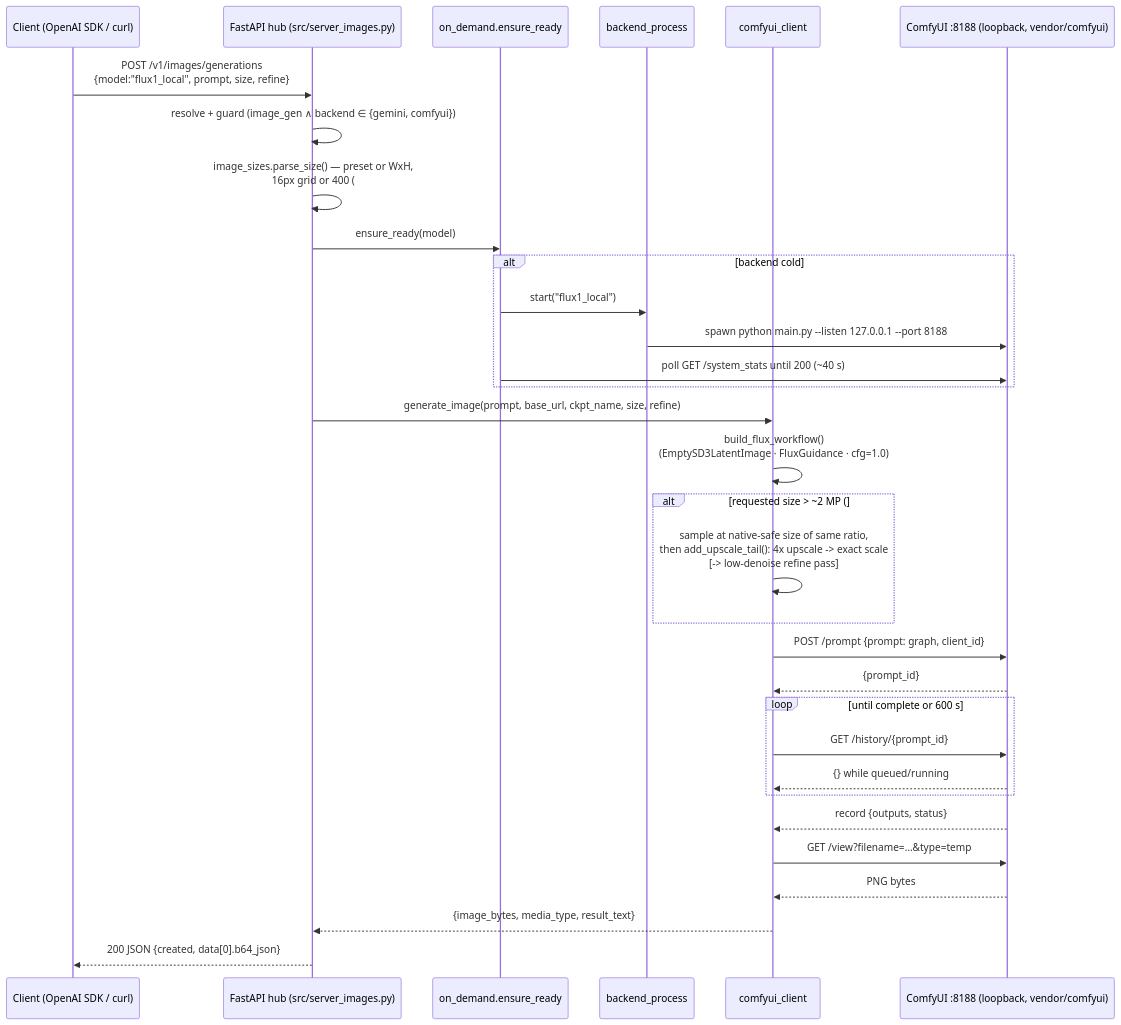
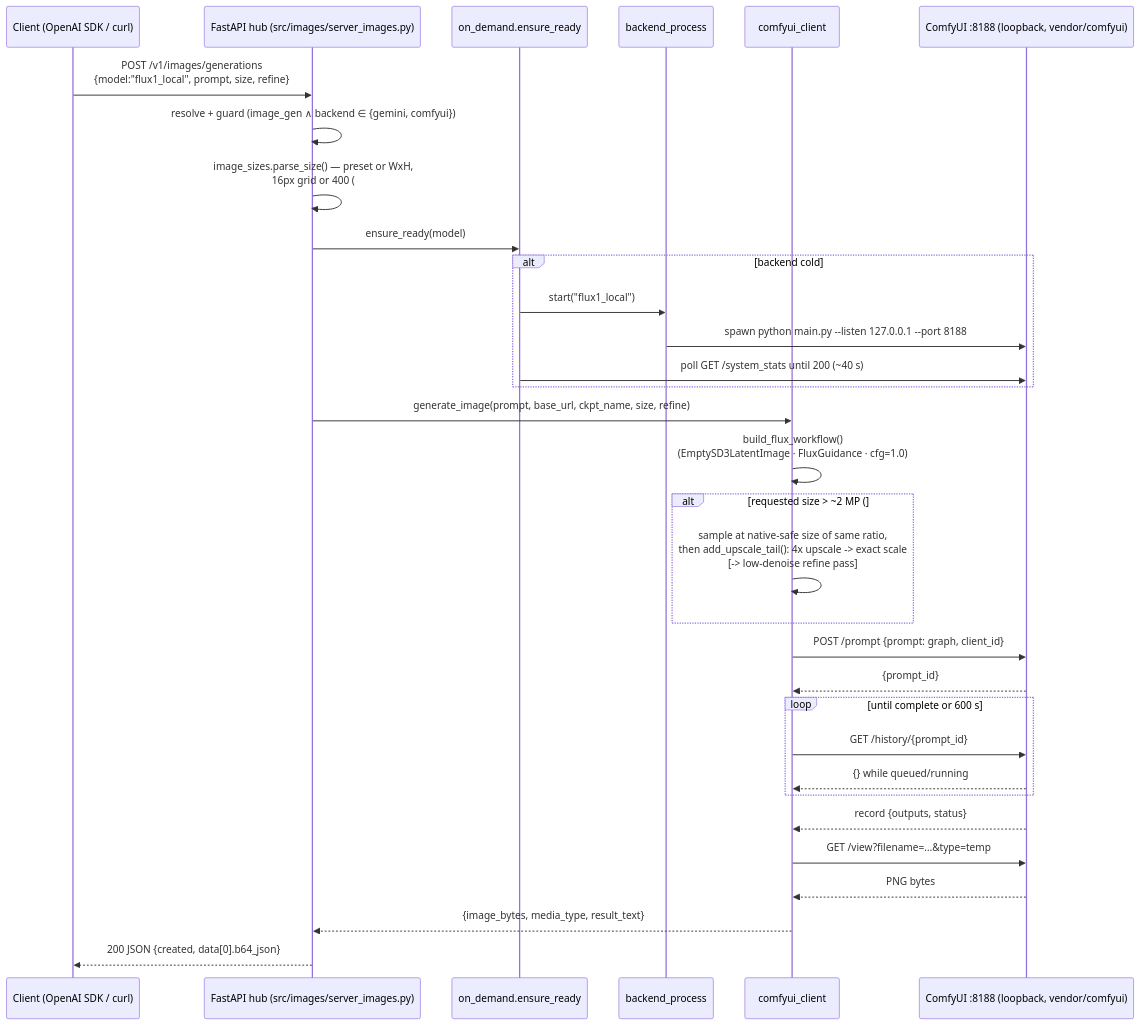
Before and after one commit to ferraroroberto/local-llm-hub: the fourth of 4 diagrams in docs/project-structure.md, drawn with Mermaid. The commit also changed other lines of this file and 211 other files, not shown here.

````diff
--- a/docs/project-structure.md
+++ b/docs/project-structure.md
@@ -134,35 +134,35 @@
 ```mermaid
 sequenceDiagram
     participant C as Client (OpenAI SDK / curl)
-    participant F as FastAPI hub (src/server_images.py)
+    participant F as FastAPI hub (src/images/server_images.py)
     participant O as on_demand.ensure_ready
     participant B as backend_process
     participant K as comfyui_client
     participant X as ComfyUI :8188 (loopback, vendor/comfyui)
 
     C->>F: POST /v1/images/generations<br/>{model:"flux1_local", prompt, size, refine}
     F->>F: resolve + guard (image_gen ∧ backend ∈ {gemini, comfyui})
     F->>F: image_sizes.parse_size() — preset or WxH,<br/>16px grid or 400 (#497)
     F->>O: ensure_ready(model)
     alt backend cold
         O->>B: start("flux1_local")
         B->>X: spawn python main.py --listen 127.0.0.1 --port 8188
         O->>X: poll GET /system_stats until 200 (~40 s)
     end
     F->>K: generate_image(prompt, base_url, ckpt_name, size, refine)
     K->>K: build_flux_workflow()<br/>(EmptySD3LatentImage · FluxGuidance · cfg=1.0)
     alt requested size > ~2 MP (#497)
         K->>K: sample at native-safe size of same ratio,<br/>then add_upscale_tail(): 4x upscale -> exact scale<br/>[-> low-denoise refine pass]
     end
     K->>X: POST /prompt {prompt: graph, client_id}
     X-->>K: {prompt_id}
     loop until complete or 600 s
         K->>X: GET /history/{prompt_id}
         X-->>K: {} while queued/running
     end
     X-->>K: record {outputs, status}
     K->>X: GET /view?filename=…&type=temp
     X-->>K: PNG bytes
     K-->>F: {image_bytes, media_type, result_text}
     F-->>C: 200 JSON {created, data[0].b64_json}
 ```
````
